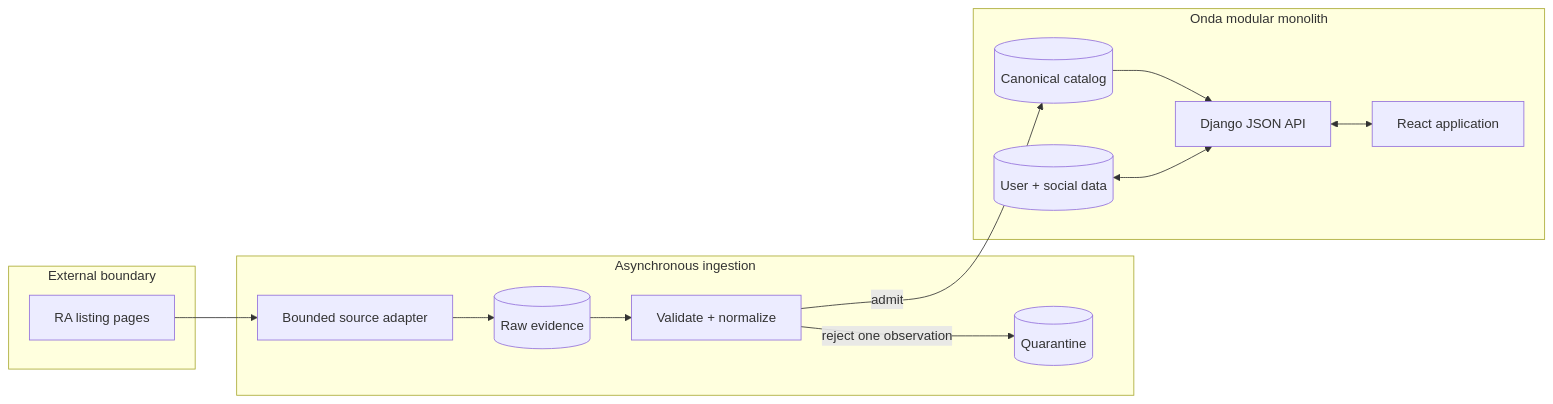
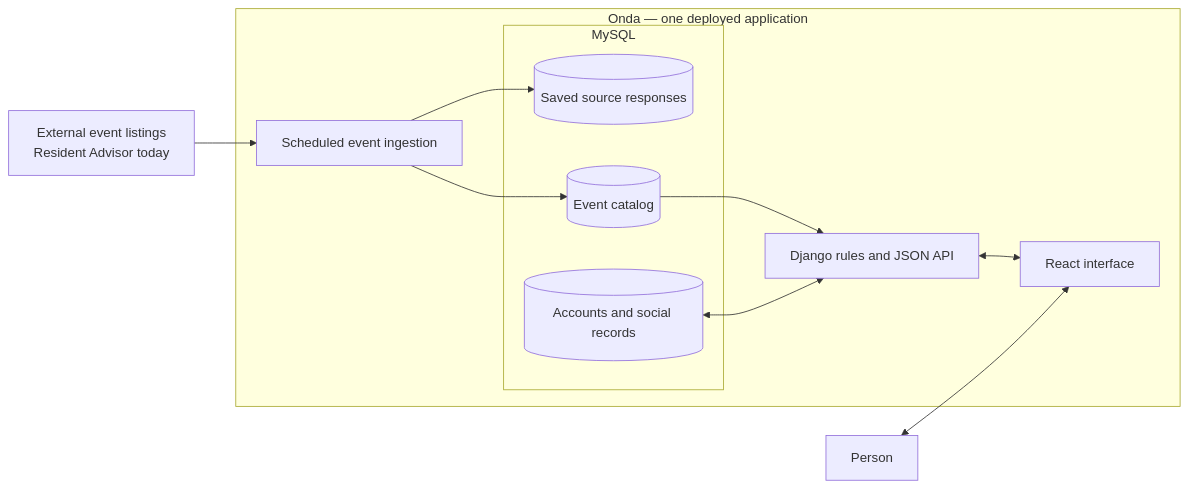
Before and after one commit to tanbaydar/onda: the first of 3 diagrams in README.md, drawn with Mermaid. The commit also changed other lines of this file, not shown here.

Commit message:
docs: simplify Onda recruiter overview

````diff
--- a/README.md
+++ b/README.md
@@ -28,27 +32,26 @@
 ```mermaid
 flowchart LR
-    subgraph Source[External boundary]
-        RA[RA listing pages]
+    Source[External event listings<br/>Resident Advisor today]
+    Person[Person]
+
+    subgraph Onda[Onda — one deployed application]
+        Import[Scheduled event ingestion]
+        API[Django rules and JSON API]
+        UI[React interface]
+
+        subgraph MySQL[MySQL]
+            Evidence[(Saved source responses)]
+            Catalog[(Event catalog)]
+            Social[(Accounts and social records)]
+        end
+
+        Import --> Evidence
+        Import --> Catalog
+        Catalog --> API
+        Social <--> API
+        API <--> UI
     end
 
-    subgraph Ingestion[Asynchronous ingestion]
-        Client[Bounded source adapter]
-        Raw[(Raw evidence)]
-        Transform[Validate + normalize]
-        Reject[(Quarantine)]
-    end
-
-    subgraph Product[Onda modular monolith]
-        Catalog[(Canonical catalog)]
-        API[Django JSON API]
-        Social[(User + social data)]
-        UI[React application]
-    end
-
-    RA --> Client --> Raw --> Transform
-    Transform -->|admit| Catalog
-    Transform -->|reject one observation| Reject
-    Catalog --> API
-    Social <--> API
-    API <--> UI
+    Source --> Import
+    Person <--> UI
 ```
````
